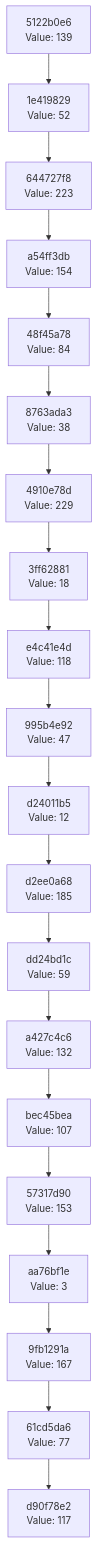
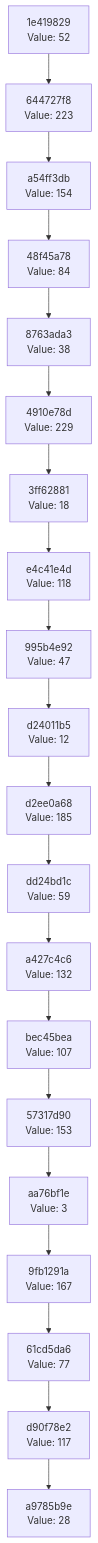
Before and after one commit to Abhisheksinha1506/hash-chain-evolver: the diagram in docs/CHAIN_VISUALIZATION.md, drawn with Mermaid. The commit also changed 3 other files, not shown here.

````diff
--- a/docs/CHAIN_VISUALIZATION.md
+++ b/docs/CHAIN_VISUALIZATION.md
@@ -3,42 +3,42 @@
 ```mermaid
 graph TD
-    C0["d90f78e2<br/>Value: 117"]
-    C1["61cd5da6<br/>Value: 77"]
+    C0["a9785b9e<br/>Value: 28"]
+    C1["d90f78e2<br/>Value: 117"]
     C1 --> C0
-    C2["9fb1291a<br/>Value: 167"]
+    C2["61cd5da6<br/>Value: 77"]
     C2 --> C1
-    C3["aa76bf1e<br/>Value: 3"]
+    C3["9fb1291a<br/>Value: 167"]
     C3 --> C2
-    C4["57317d90<br/>Value: 153"]
+    C4["aa76bf1e<br/>Value: 3"]
     C4 --> C3
-    C5["bec45bea<br/>Value: 107"]
+    C5["57317d90<br/>Value: 153"]
     C5 --> C4
-    C6["a427c4c6<br/>Value: 132"]
+    C6["bec45bea<br/>Value: 107"]
     C6 --> C5
-    C7["dd24bd1c<br/>Value: 59"]
+    C7["a427c4c6<br/>Value: 132"]
     C7 --> C6
-    C8["d2ee0a68<br/>Value: 185"]
+    C8["dd24bd1c<br/>Value: 59"]
     C8 --> C7
-    C9["d24011b5<br/>Value: 12"]
+    C9["d2ee0a68<br/>Value: 185"]
     C9 --> C8
-    C10["995b4e92<br/>Value: 47"]
+    C10["d24011b5<br/>Value: 12"]
     C10 --> C9
-    C11["e4c41e4d<br/>Value: 118"]
+    C11["995b4e92<br/>Value: 47"]
     C11 --> C10
-    C12["3ff62881<br/>Value: 18"]
+    C12["e4c41e4d<br/>Value: 118"]
     C12 --> C11
-    C13["4910e78d<br/>Value: 229"]
+    C13["3ff62881<br/>Value: 18"]
     C13 --> C12
-    C14["8763ada3<br/>Value: 38"]
+    C14["4910e78d<br/>Value: 229"]
     C14 --> C13
-    C15["48f45a78<br/>Value: 84"]
+    C15["8763ada3<br/>Value: 38"]
     C15 --> C14
-    C16["a54ff3db<br/>Value: 154"]
+    C16["48f45a78<br/>Value: 84"]
     C16 --> C15
-    C17["644727f8<br/>Value: 223"]
+    C17["a54ff3db<br/>Value: 154"]
     C17 --> C16
-    C18["1e419829<br/>Value: 52"]
+    C18["644727f8<br/>Value: 223"]
     C18 --> C17
-    C19["5122b0e6<br/>Value: 139"]
+    C19["1e419829<br/>Value: 52"]
     C19 --> C18
 ```
````
